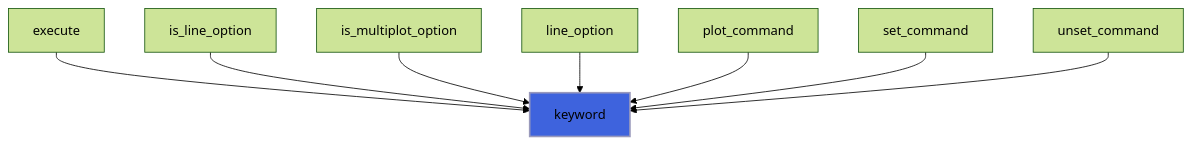
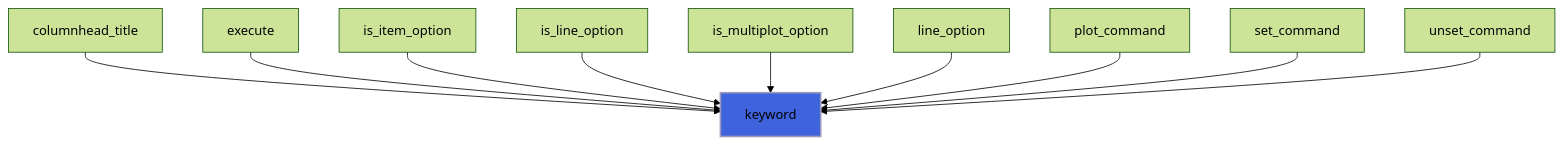
Before and after one commit to szaghi/foresight: diagram 21 of 35 in docs/api/src/lib/foresight_script.md, drawn with Mermaid (forest theme). The commit also changed other lines of this file and 97 other files, not shown here.

````diff
--- a/docs/api/src/lib/foresight_script.md
+++ b/docs/api/src/lib/foresight_script.md
@@ -734,11 +781,13 @@
 ```mermaid
 flowchart TD
+  columnhead_title["columnhead_title"] --> keyword["keyword"]
   execute["execute"] --> keyword["keyword"]
+  is_item_option["is_item_option"] --> keyword["keyword"]
   is_line_option["is_line_option"] --> keyword["keyword"]
   is_multiplot_option["is_multiplot_option"] --> keyword["keyword"]
   line_option["line_option"] --> keyword["keyword"]
   plot_command["plot_command"] --> keyword["keyword"]
   set_command["set_command"] --> keyword["keyword"]
   unset_command["unset_command"] --> keyword["keyword"]
   style keyword fill:#3e63dd,stroke:#99b,stroke-width:2px
 ```
````
